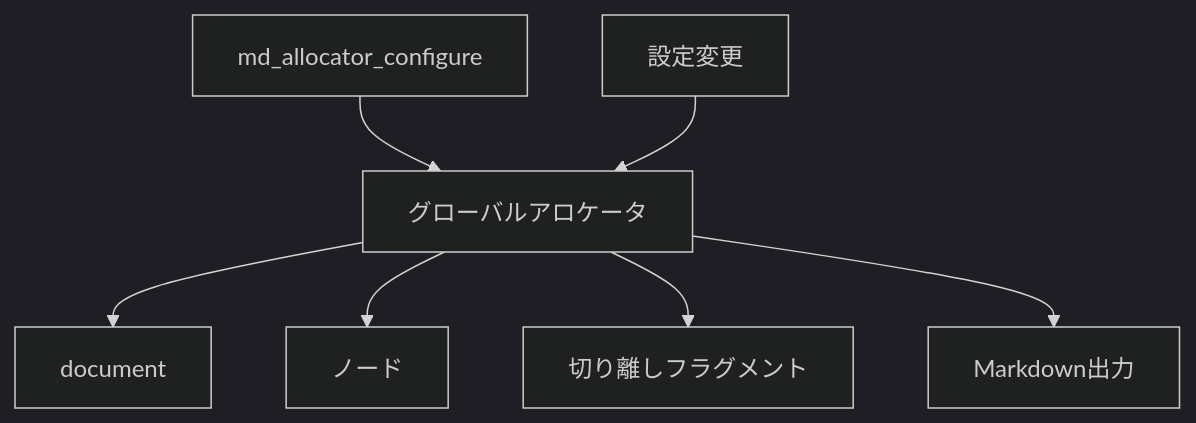
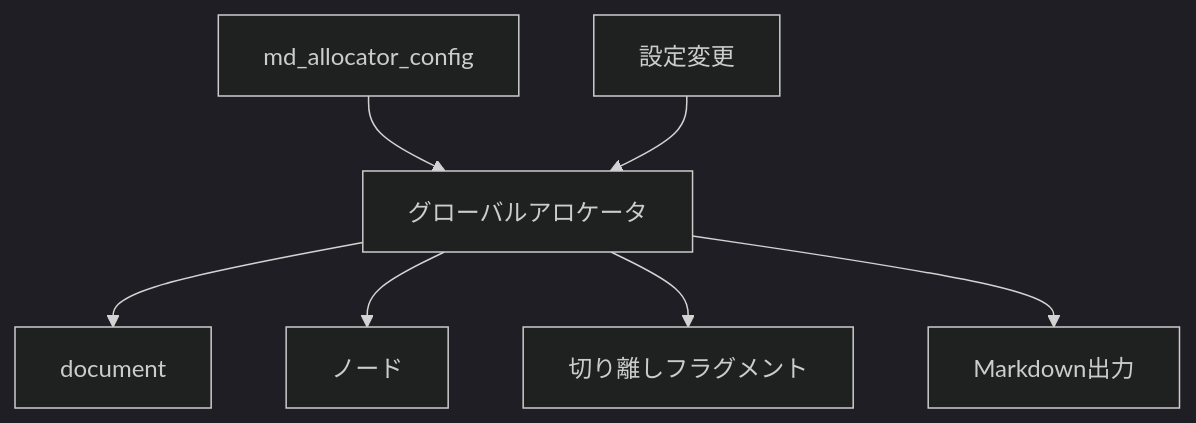
The fifth of 6 diagrams in docs/specs/design.md (ktdevx/libmarkdown), drawn with Mermaid (dark theme) before and after one commit. The commit also changed other lines of this file and 5 other files, not shown here.

````diff
--- a/docs/specs/design.md
+++ b/docs/specs/design.md
@@ -258,9 +258,9 @@
 ```mermaid
 flowchart TB
-	Configure[md_allocator_configure] --> Global[グローバルアロケータ]
+	Configure[md_allocator_config] --> Global[グローバルアロケータ]
 	Global --> Document[document]
 	Global --> Nodes[ノード]
 	Global --> Fragment[切り離しフラグメント]
 	Global --> Output[Markdown出力]
 	Change[設定変更] --> Global
 ```
````
